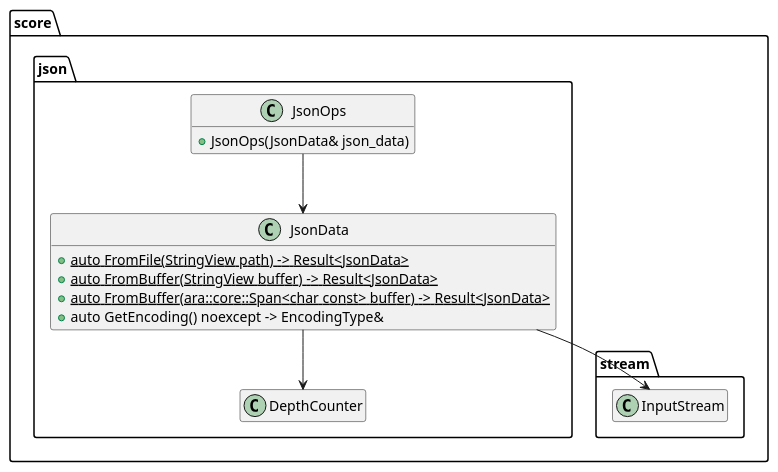
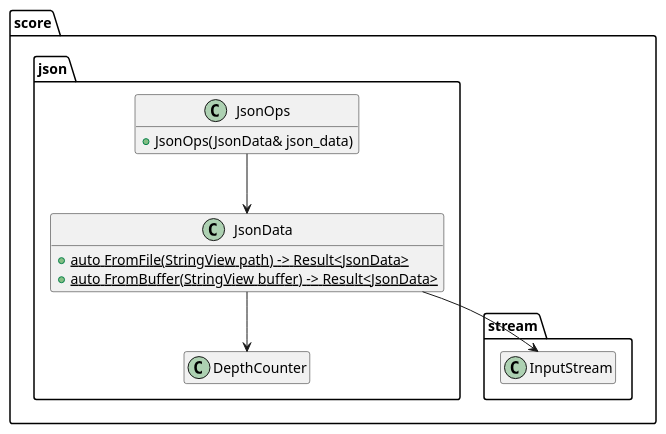
One commit to eclipse-score/baselibs changed the second of 3 diagrams in score/json/docs/vajson/detailed_design/logical/Reader.rst. Above: the diagram before and after it, drawn with PlantUML. The commit also changed other lines of this file and 22 other files, not shown here.

```diff
--- a/score/json/docs/vajson/detailed_design/logical/Reader.rst
+++ b/score/json/docs/vajson/detailed_design/logical/Reader.rst
@@ -131,31 +131,29 @@
 .. uml::
 
     @startuml
     hide empty members
 
     package "score" {
       package stream {
         class InputStream {}
       }
       package "json" {
         class JsonOps {
           + JsonOps(JsonData& json_data)
         }
 
         class JsonData {
           + {static} auto FromFile(StringView path) -> Result<JsonData>
           + {static} auto FromBuffer(StringView buffer) -> Result<JsonData>
-          + {static} auto FromBuffer(ara::core::Span<char const> buffer) -> Result<JsonData>
-          + auto GetEncoding() noexcept -> EncodingType&
         }
 
         class DepthCounter {}
       }
     }
 
     JsonOps --> JsonData
 
     JsonData --> InputStream
     JsonData --> DepthCounter
 
     @enduml
```
